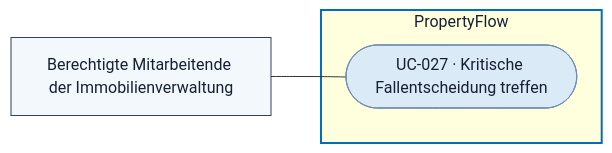
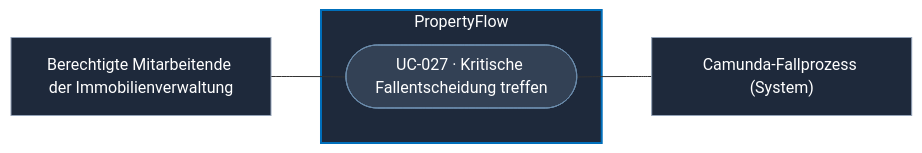
One commit to permarco/propertyflow changed the diagram in docs/use_cases/UC-027-kritische-fallentscheidung-treffen.md. Above: the diagram before and after it, drawn with Mermaid. The commit also changed other lines of this file and 67 other files, not shown here.

````diff
--- a/docs/use_cases/UC-027-kritische-fallentscheidung-treffen.md
+++ b/docs/use_cases/UC-027-kritische-fallentscheidung-treffen.md
@@ -12,13 +13,15 @@
 ```mermaid
 flowchart LR
 AKTEUR["Berechtigte Mitarbeitende der Immobilienverwaltung"]:::participant
+CAMUNDA["Camunda-Fallprozess (System)"]:::participant
 
 subgraph PF["PropertyFlow"]
     UC(["UC-027 · Kritische Fallentscheidung treffen"]):::goal
 end
 
 AKTEUR --- UC
-classDef participant fill:#f2f8fc,stroke:#334155,color:#172033
-classDef goal fill:#dbeaf7,stroke:#6d8eae,color:#172033
-style PF stroke:#006fbb,stroke-width:2px,color:#172033
+UC --- CAMUNDA
+classDef participant fill:#1e293b,stroke:#94a3b8,color:#ffffff
+classDef goal fill:#334155,stroke:#6d8eae,color:#ffffff
+style PF fill:#1e293b,stroke:#006fbb,stroke-width:2px,color:#ffffff
 ```
````
